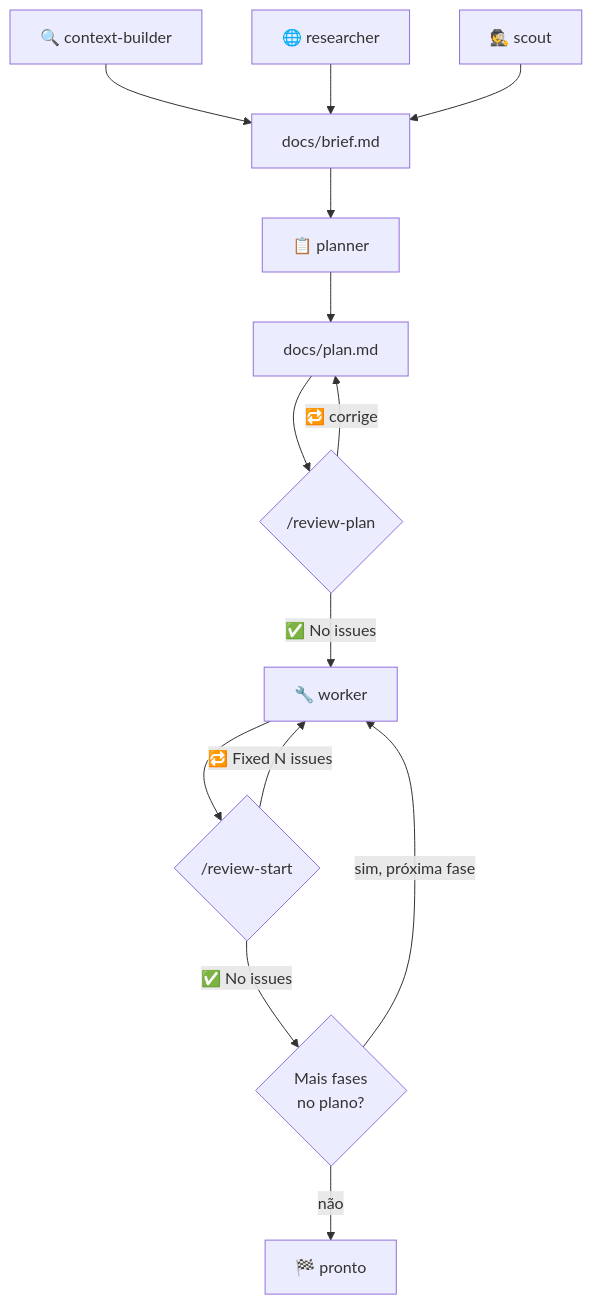
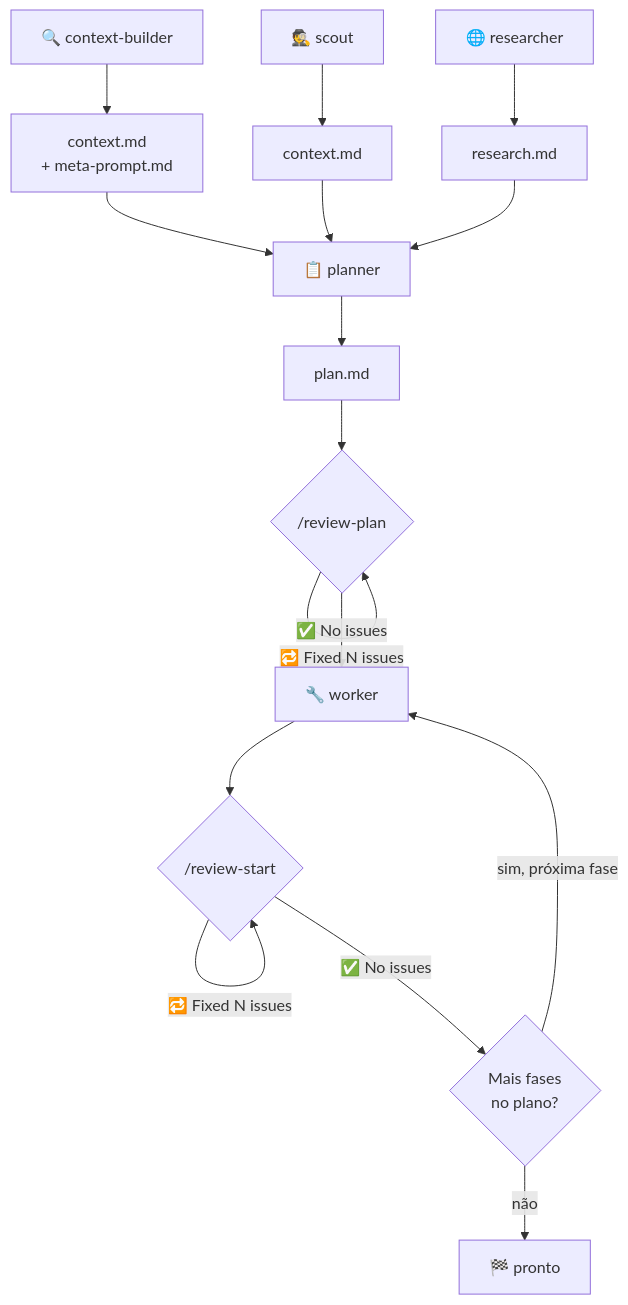
The diagram in PI_DEV_CHEATSHEET.md (docg1701/pi-dev-config), drawn with Mermaid before and after one commit. The commit also changed other lines of this file, not shown here.

Commit message:
Usa defaults reais dos agentes, remove paths inventados, corrige loops

````diff
--- a/PI_DEV_CHEATSHEET.md
+++ b/PI_DEV_CHEATSHEET.md
@@ -35,19 +35,21 @@
 ```mermaid
 flowchart TD
-    CB["🔍 context-builder"] --> BRIEF["docs/brief.md"]
-    RS["🌐 researcher"] --> BRIEF
-    SC["🕵️ scout"] --> BRIEF
+    CB["🔍 context-builder"] --> CTX["context.md<br>+ meta-prompt.md"]
+    RS["🌐 researcher"] --> RES["research.md"]
+    SC["🕵️ scout"] --> CTX2["context.md"]
 
-    BRIEF --> PL["📋 planner"]
-    PL --> PLAN["docs/plan.md"]
+    CTX --> PL["📋 planner"]
+    CTX2 --> PL
+    RES --> PL
+    PL --> PLAN["plan.md"]
 
     PLAN --> RPL{"/review-plan"}
     RPL -->|"✅ No issues"| WK["🔧 worker"]
-    RPL -->|"🔁 corrige"| PLAN
+    RPL -->|"🔁 Fixed N issues"| RPL
 
     WK --> RST{"/review-start"}
-    RST -->|"🔁 Fixed N issues"| WK
+    RST -->|"🔁 Fixed N issues"| RST
     RST -->|"✅ No issues"| MAIS{"Mais fases<br>no plano?"}
     MAIS -->|"sim, próxima fase"| WK
     MAIS -->|"não"| FIM["🏁 pronto"]
 ```
````
